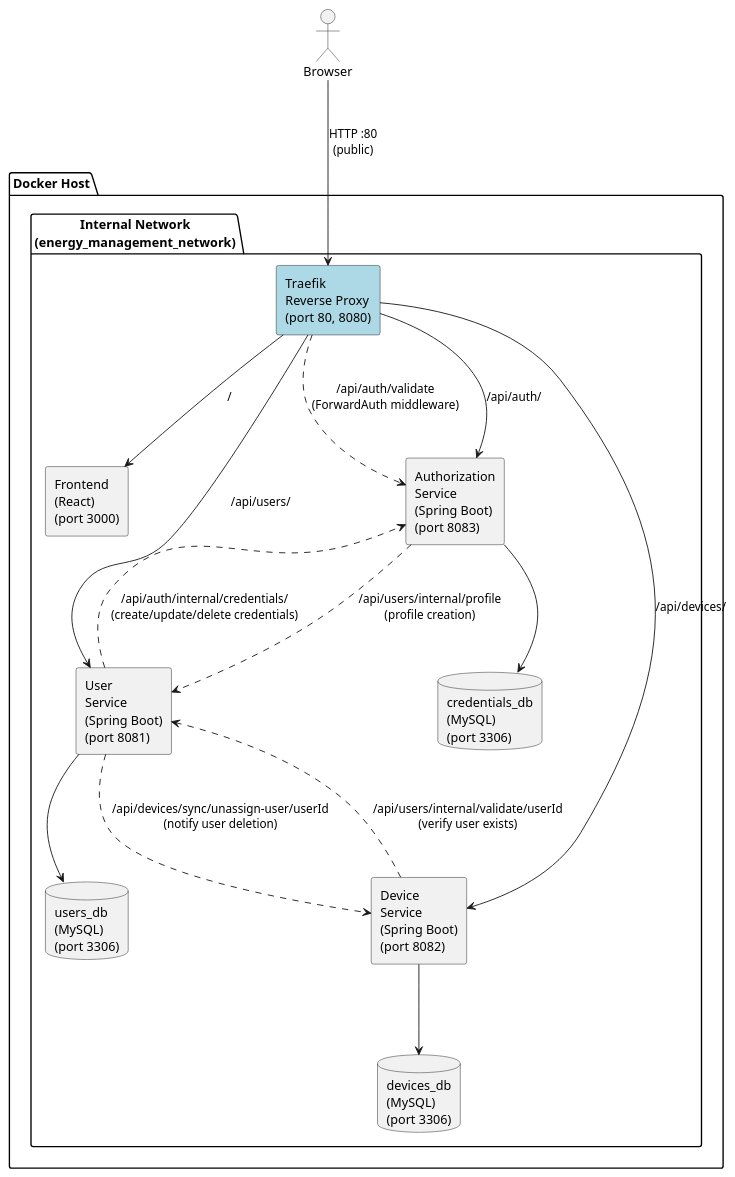
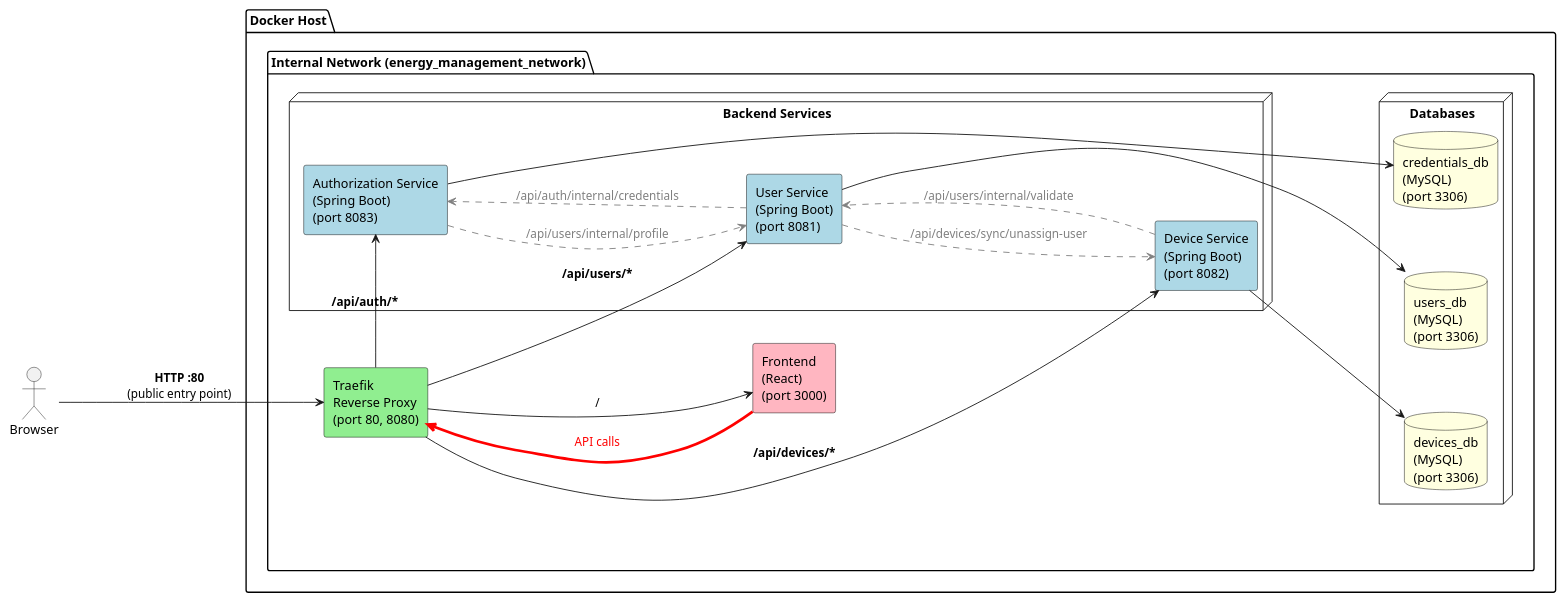
Before and after one commit to violetahoza/Energy-Management-System: the diagram in deployment_diagram.puml, drawn with PlantUML. The commit also changed 23 other files, not shown here.

```diff
--- a/deployment_diagram.puml
+++ b/deployment_diagram.puml
@@ -1,58 +1,72 @@
 @startuml Energy Management System - Deployment Diagram
+
+left to right direction
 skinparam componentStyle rectangle
 skinparam packagePadding 20
 skinparam componentPadding 10
 skinparam databasePadding 10
-skinparam nodesep 80
-skinparam ranksep 100
+skinparam nodesep 70
+skinparam ranksep 150
+
+skinparam component {
+    BorderColor Black
+}
+skinparam database {
+    BackgroundColor LightYellow
+    BorderColor Black
+}
 
 actor "Browser" as browser
 
 package "Docker Host" {
-    
 
-    package "Internal Network\n(energy_management_network)" {
-    
-        component "Traefik\nReverse Proxy\n(port 80, 8080)" as traefik #LightBlue
+    package "Internal Network (energy_management_network)" {
         
-        component "Frontend\n(React)\n(port 3000)" as frontend
-        
-        component "Authorization\nService\n(Spring Boot)\n(port 8083)" as auth
-        
-        component "User\nService\n(Spring Boot)\n(port 8081)" as user
-        
-        component "Device\nService\n(Spring Boot)\n(port 8082)" as device
-        
-        database "credentials_db\n(MySQL)\n(port 3306)" as creddb
-        
-        database "users_db\n(MySQL)\n(port 3306)" as usersdb
-        
-        database "devices_db\n(MySQL)\n(port 3306)" as devicesdb
+        component "Traefik\nReverse Proxy\n(port 80, 8080)" as traefik #LightGreen
+
+        component "Frontend\n(React)\n(port 3000)" as frontend #LightPink
+
+        node "Backend Services" {
+            component "Authorization Service\n(Spring Boot)\n(port 8083)" as auth #LightBlue
+            component "User Service\n(Spring Boot)\n(port 8081)" as user #LightBlue
+            component "Device Service\n(Spring Boot)\n(port 8082)" as device #LightBlue
+        }
+
+        node "Databases" {
+            database "credentials_db\n(MySQL)\n(port 3306)" as creddb
+            database "users_db\n(MySQL)\n(port 3306)" as usersdb
+            database "devices_db\n(MySQL)\n(port 3306)" as devicesdb
+        }
     }
 }
 
-' Public network flow
-browser --> traefik : HTTP :80\n(public)
+' ========================
+'        CONEXIUNI
+' ========================
 
-' Traefik routing to services
-traefik --> frontend : / 
-traefik --> auth : /api/auth/
-traefik --> user : /api/users/
-traefik --> device : /api/devices/
+' --- Browser to Traefik ---
+browser -down-> traefik : <b>HTTP :80</b>\n(public entry point)
 
-' ForwardAuth validation
-traefik ..> auth : /api/auth/validate\n(ForwardAuth middleware)
+' --- Traefik serves Frontend ---
+traefik -right-> frontend : /
 
-' Service to database connections
-auth --> creddb 
-user --> usersdb 
-device --> devicesdb 
+' --- Frontend API calls ---
+frontend -[#Red,thickness=3]-> traefik : <color:Red>API calls</color>
 
-' Internal service-to-service communication
-user ..> auth : /api/auth/internal/credentials/\n(create/update/delete credentials)
-user ..> device : /api/devices/sync/unassign-user/userId\n(notify user deletion)
-device ..> user : /api/users/internal/validate/userId\n(verify user exists)
-auth ..> user : /api/users/internal/profile\n(profile creation)
+' --- Traefik routing to services ---
+traefik -right-> auth : <b>/api/auth/*</b>
+traefik -right-> user : <b>/api/users/*</b>
+traefik -right-> device : <b>/api/devices/*</b>
 
+' --- Service to Database connections ---
+auth -down-> creddb
+user -down-> usersdb
+device -down-> devicesdb
+
+' --- Internal service-to-service communication ---
+auth .[#Gray].> user : <color:Gray>/api/users/internal/profile</color>
+user .[#Gray].> auth : <color:Gray>/api/auth/internal/credentials</color>
+user .[#Gray].> device : <color:Gray>/api/devices/sync/unassign-user</color>
+device .[#Gray].> user : <color:Gray>/api/users/internal/validate</color>
 
 @enduml
```
